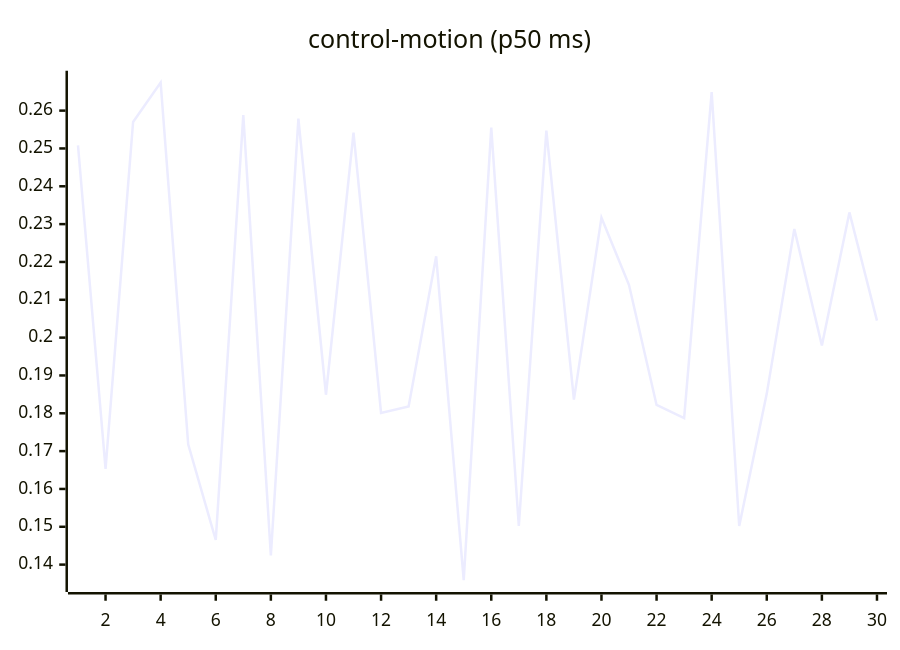
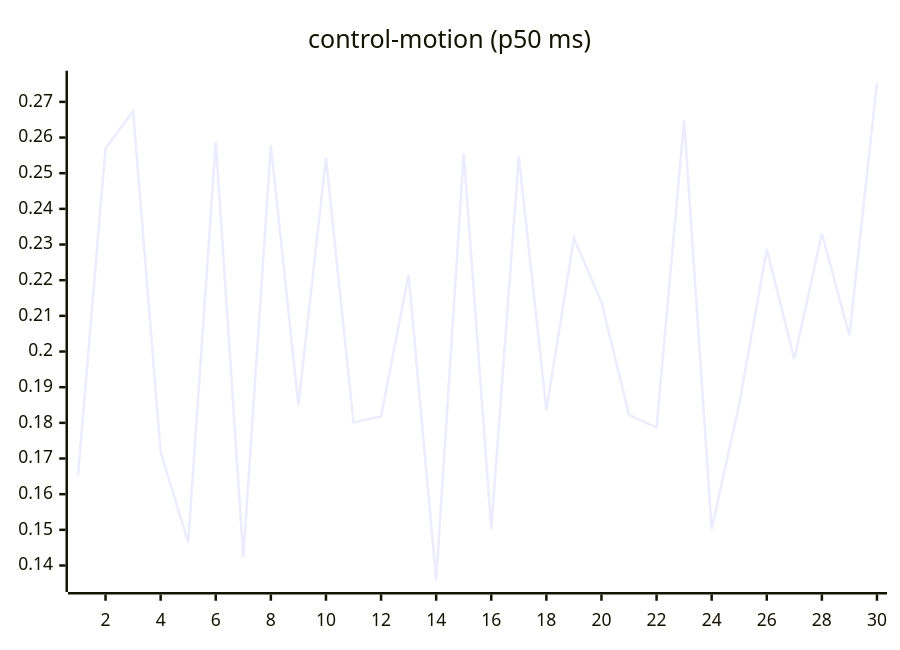
One commit to josha/Facet changed the seventh of 27 diagrams in README.md. Above: the diagram before and after it, drawn with Mermaid. The commit also changed other lines of this file and 2 other files, not shown here.

````diff
--- a/README.md
+++ b/README.md
@@ -105,6 +105,6 @@
 ```mermaid
 xychart-beta
     title "control-motion (p50 ms)"
     x-axis 1 --> 30
-    line [0.2508, 0.1653, 0.2570, 0.2674, 0.1718, 0.1465, 0.2588, 0.1424, 0.2579, 0.1849, 0.2542, 0.1801, 0.1818, 0.2215, 0.1359, 0.2555, 0.1502, 0.2547, 0.1836, 0.2317, 0.2139, 0.1822, 0.1787, 0.2649, 0.1502, 0.1852, 0.2287, 0.1979, 0.2331, 0.2045]
+    line [0.1653, 0.2570, 0.2674, 0.1718, 0.1465, 0.2588, 0.1424, 0.2579, 0.1849, 0.2542, 0.1801, 0.1818, 0.2215, 0.1359, 0.2555, 0.1502, 0.2547, 0.1836, 0.2317, 0.2139, 0.1822, 0.1787, 0.2649, 0.1502, 0.1852, 0.2287, 0.1979, 0.2331, 0.2045, 0.2754]
 ```
````
